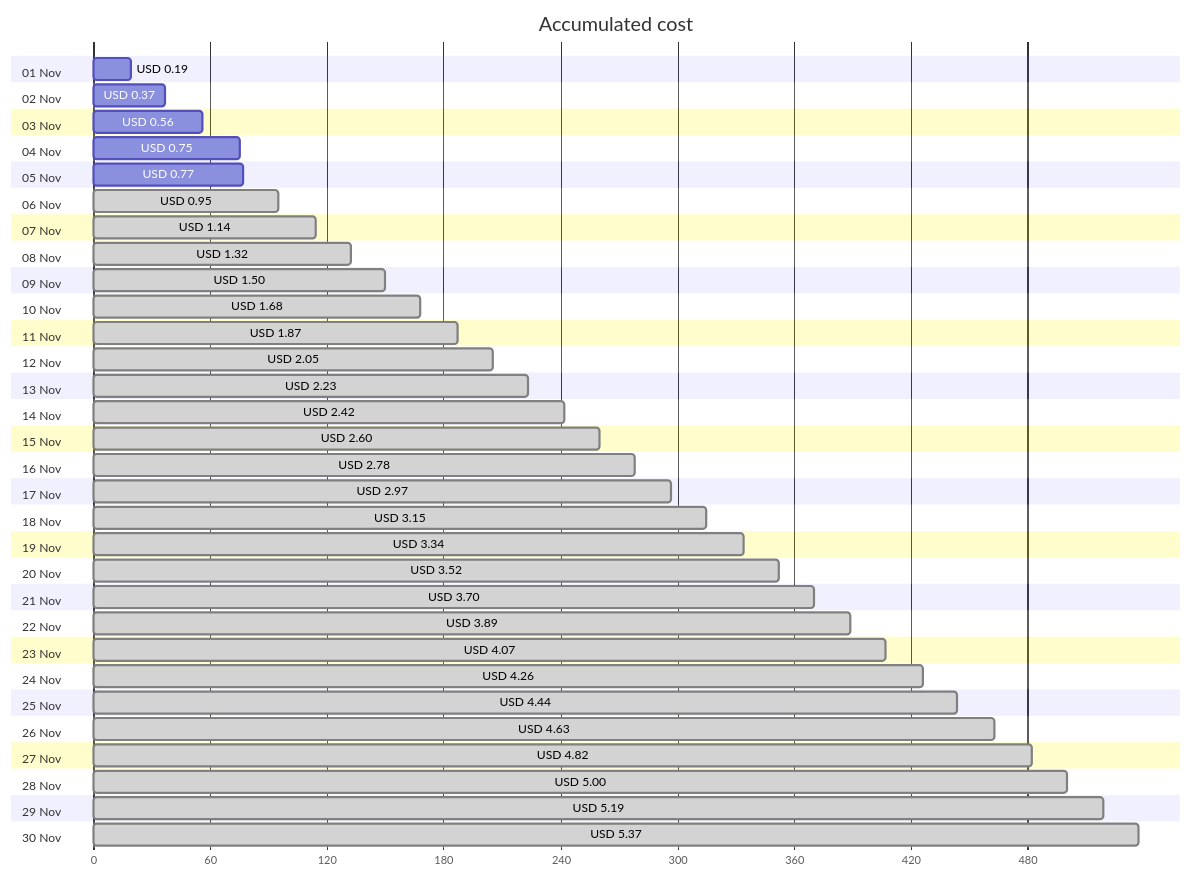
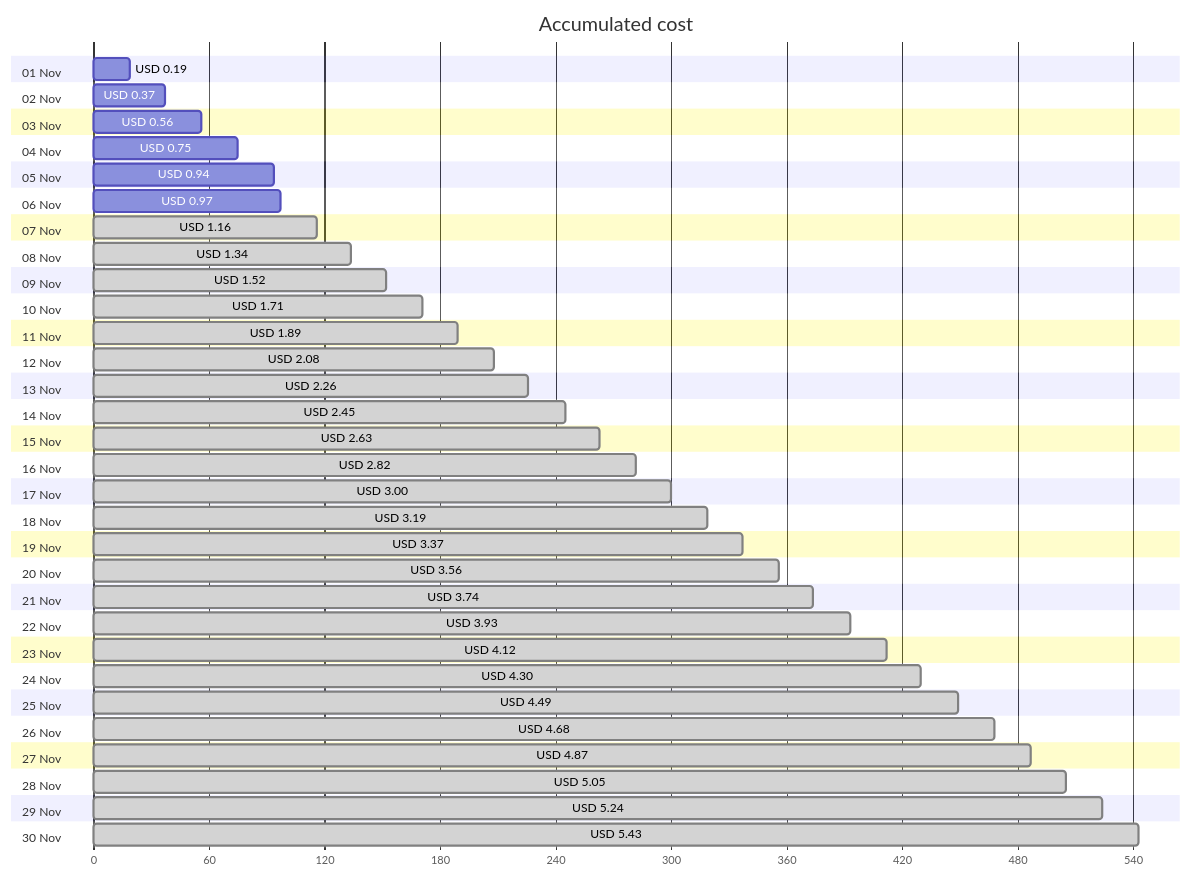
Before and after one commit to jpfulton/azure-personal-reports: the first of 4 diagrams in cost-reports/personal-network/backup-server.md, drawn with Mermaid. The commit also changed other lines of this file and 8 other files, not shown here.

````diff
--- a/cost-reports/personal-network/backup-server.md
+++ b/cost-reports/personal-network/backup-server.md
@@ -20,66 +20,66 @@
 ```mermaid
 gantt
    title Accumulated cost
    dateFormat  X
    axisFormat %s
    section 01 Nov
    USD 0.19 :0, 19
    section 02 Nov
    USD 0.37 :0, 37
    section 03 Nov
    USD 0.56 :0, 56
    section 04 Nov
    USD 0.75 :0, 75
    section 05 Nov
-   USD 0.77 :0, 77
+   USD 0.94 :0, 94
    section 06 Nov
-   USD 0.95 : done, 0, 95
+   USD 0.97 :0, 97
    section 07 Nov
-   USD 1.14 : done, 0, 114
+   USD 1.16 : done, 0, 116
    section 08 Nov
-   USD 1.32 : done, 0, 132
+   USD 1.34 : done, 0, 134
    section 09 Nov
-   USD 1.50 : done, 0, 150
+   USD 1.52 : done, 0, 152
    section 10 Nov
-   USD 1.68 : done, 0, 168
+   USD 1.71 : done, 0, 171
    section 11 Nov
-   USD 1.87 : done, 0, 187
+   USD 1.89 : done, 0, 189
    section 12 Nov
-   USD 2.05 : done, 0, 205
+   USD 2.08 : done, 0, 208
    section 13 Nov
-   USD 2.23 : done, 0, 223
+   USD 2.26 : done, 0, 226
    section 14 Nov
-   USD 2.42 : done, 0, 242
+   USD 2.45 : done, 0, 245
    section 15 Nov
-   USD 2.60 : done, 0, 260
+   USD 2.63 : done, 0, 263
    section 16 Nov
-   USD 2.78 : done, 0, 278
+   USD 2.82 : done, 0, 282
    section 17 Nov
-   USD 2.97 : done, 0, 297
+   USD 3.00 : done, 0, 300
    section 18 Nov
-   USD 3.15 : done, 0, 315
+   USD 3.19 : done, 0, 319
    section 19 Nov
-   USD 3.34 : done, 0, 334
+   USD 3.37 : done, 0, 337
    section 20 Nov
-   USD 3.52 : done, 0, 352
+   USD 3.56 : done, 0, 356
    section 21 Nov
-   USD 3.70 : done, 0, 370
+   USD 3.74 : done, 0, 374
    section 22 Nov
-   USD 3.89 : done, 0, 389
+   USD 3.93 : done, 0, 393
    section 23 Nov
-   USD 4.07 : done, 0, 407
+   USD 4.12 : done, 0, 412
    section 24 Nov
-   USD 4.26 : done, 0, 426
+   USD 4.30 : done, 0, 430
    section 25 Nov
-   USD 4.44 : done, 0, 444
+   USD 4.49 : done, 0, 449
    section 26 Nov
-   USD 4.63 : done, 0, 463
+   USD 4.68 : done, 0, 468
    section 27 Nov
-   USD 4.82 : done, 0, 482
+   USD 4.87 : done, 0, 487
    section 28 Nov
-   USD 5.00 : done, 0, 500
+   USD 5.05 : done, 0, 505
    section 29 Nov
-   USD 5.19 : done, 0, 519
+   USD 5.24 : done, 0, 524
    section 30 Nov
-   USD 5.37 : done, 0, 537
+   USD 5.43 : done, 0, 543
 ```
````
